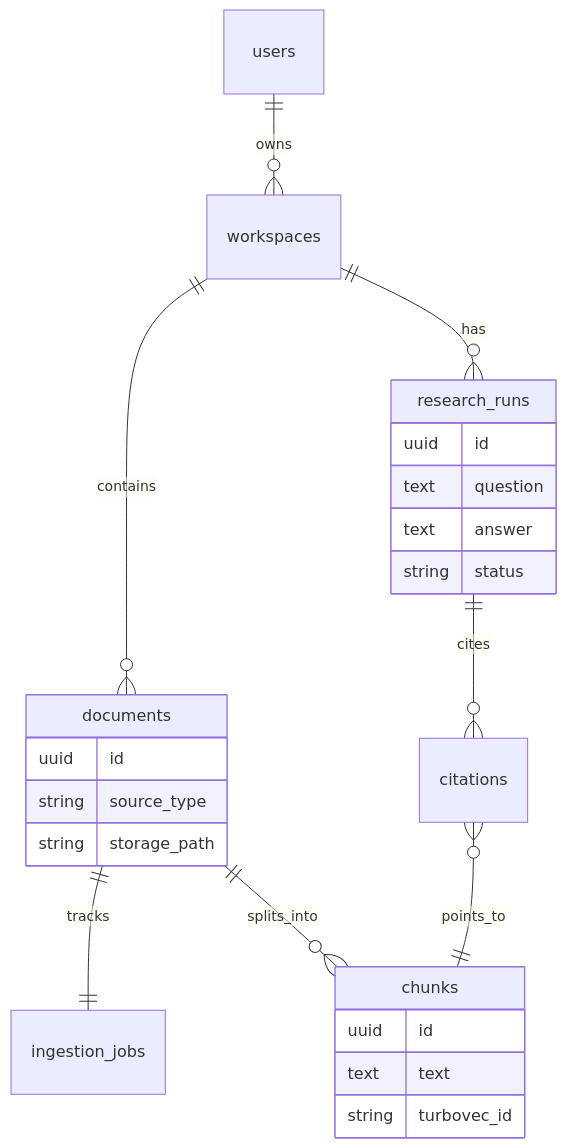
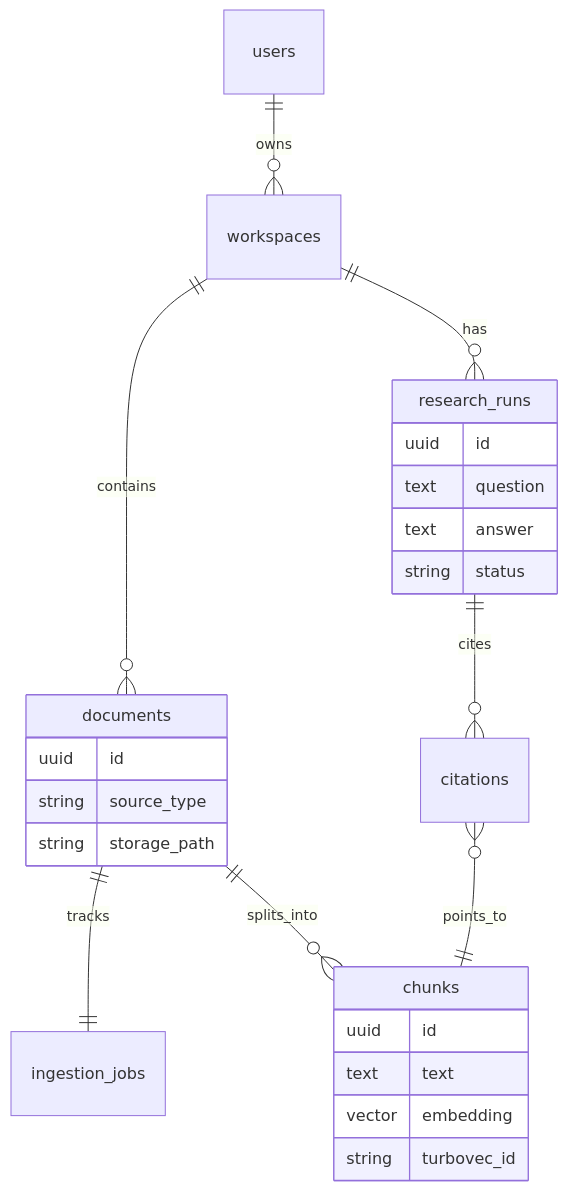
The fourth of 4 diagrams in README.md (AmitxParmar/agentic-knowledge-base), drawn with Mermaid before and after one commit. The commit also changed other lines of this file and 12 other files, not shown here.

````diff
--- a/README.md
+++ b/README.md
@@ -159,27 +158,28 @@
 ```mermaid
 erDiagram
   users ||--o{ workspaces : owns
   workspaces ||--o{ documents : contains
   documents ||--|| ingestion_jobs : tracks
   documents ||--o{ chunks : splits_into
   workspaces ||--o{ research_runs : has
   research_runs ||--o{ citations : cites
   citations }o--|| chunks : points_to
 
   documents {
     uuid id
     string source_type
     string storage_path
   }
   chunks {
     uuid id
     text text
+    vector embedding
     string turbovec_id
   }
   research_runs {
     uuid id
     text question
     text answer
     string status
   }
 ```
````
